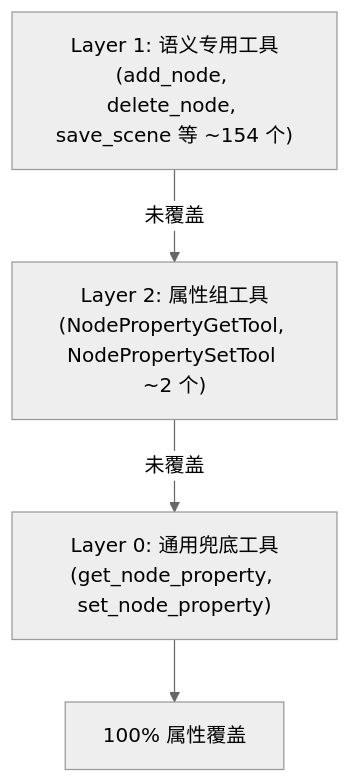
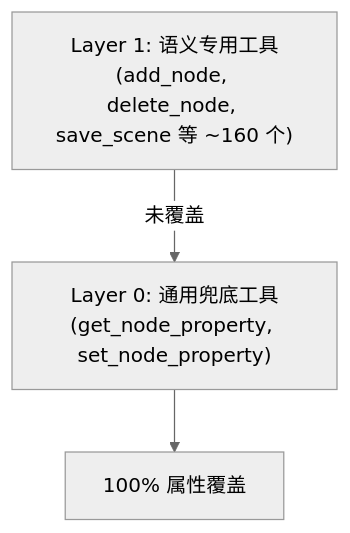
One commit to jesspig/GodotMCP-GDExtension changed the diagram in .repo_wiki/modules/fallback-tools.md. Above: the diagram before and after it, drawn with Mermaid (neutral theme). The commit also changed other lines of this file and 36 other files, not shown here.

````diff
--- a/.repo_wiki/modules/fallback-tools.md
+++ b/.repo_wiki/modules/fallback-tools.md
@@ -14,11 +14,9 @@
 ```mermaid
 flowchart TD
-    L1["Layer 1: 语义专用工具<br/>(add_node, delete_node, save_scene 等 ~154 个)"]
-    L2["Layer 2: 属性组工具<br/>(NodePropertyGetTool, NodePropertySetTool ~2 个)"]
+    L1["Layer 1: 语义专用工具<br/>(add_node, delete_node, save_scene 等 ~160 个)"]
     L0["Layer 0: 通用兜底工具<br/>(get_node_property, set_node_property)"]
     ALL["100% 属性覆盖"]
 
-    L1 -->|"未覆盖"| L2
-    L2 -->|"未覆盖"| L0
+    L1 -->|"未覆盖"| L0
     L0 --> ALL
 ```
````
